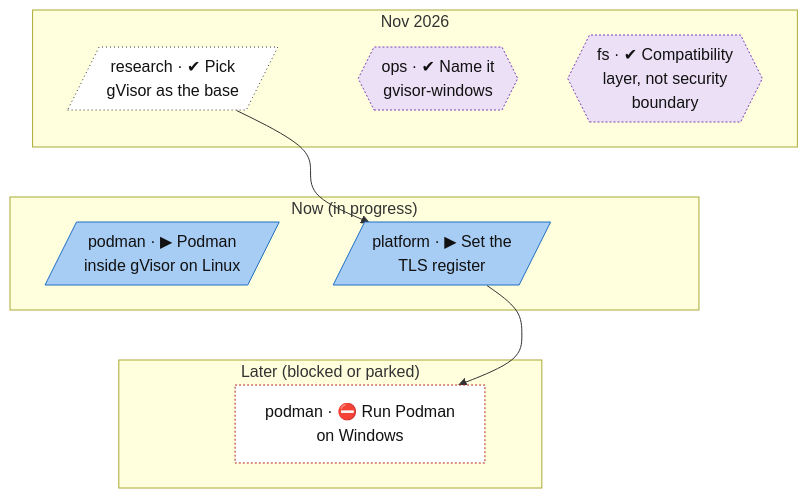
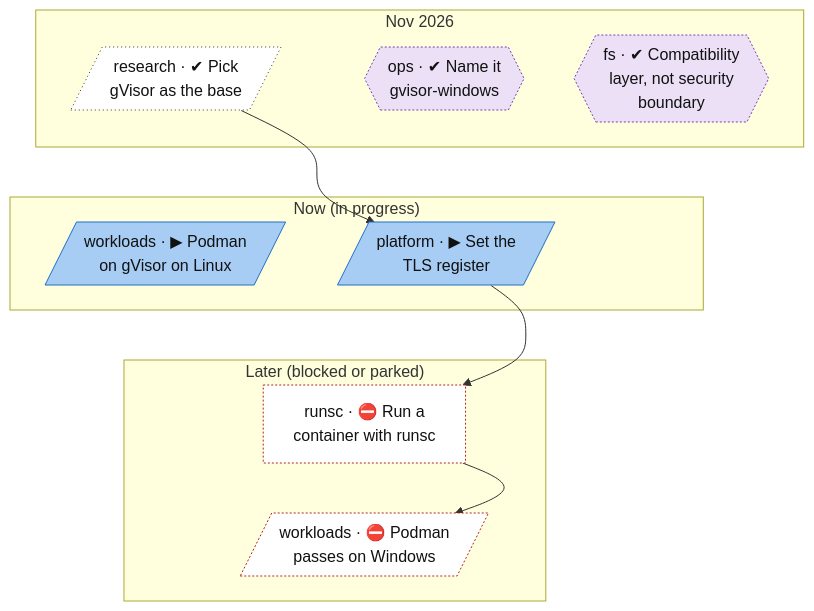
Before and after one commit to lhns/gvisor-windows: the second of 2 diagrams in docs/roadmap.md, drawn with Mermaid. The commit also changed other lines of this file and 15 other files, not shown here.

First line of the commit message:
Frame the fork as gVisor on Windows hosts, Podman only as the bar

````diff
--- a/docs/roadmap.md
+++ b/docs/roadmap.md
@@ -100,40 +100,43 @@
 ```mermaid
 flowchart TB
     subgraph bd_0["Nov 2026"]
         research_gvisor_base[/"research · ✔ Pick<br/>gVisor as the base"/]
         ops_name_and_fork{{"ops · ✔ Name it<br/>gvisor-windows"}}
         fs_compat_layer_not_boundary{{"fs · ✔ Compatibility<br/>layer, not security<br/>boundary"}}
     end
     subgraph bd_1["Now (in progress)"]
-        podman_inside_gvisor_linux[/"podman · ▶ Podman<br/>inside gVisor on Linux"/]
+        workloads_podman_on_gvisor_linux[/"workloads · ▶ Podman<br/>on gVisor on Linux"/]
         platform_tls_register[/"platform · ▶ Set the<br/>TLS register"/]
     end
     subgraph bd_2["Later (blocked or parked)"]
-        podman_acceptance_on_windows["podman · ⛔ Run Podman<br/>on Windows"]
+        runsc_container_on_windows["runsc · ⛔ Run a<br/>container with runsc"]
+        workloads_podman_on_windows[/"workloads · ⛔ Podman<br/>passes on Windows"/]
     end
-    research_gvisor_base ~~~ podman_inside_gvisor_linux
+    research_gvisor_base ~~~ workloads_podman_on_gvisor_linux
     ops_name_and_fork ~~~ platform_tls_register
     fs_compat_layer_not_boundary ~~~ platform_tls_register
-    podman_inside_gvisor_linux ~~~ podman_acceptance_on_windows
-    platform_tls_register ~~~ podman_acceptance_on_windows
+    workloads_podman_on_gvisor_linux ~~~ runsc_container_on_windows
+    platform_tls_register ~~~ runsc_container_on_windows
+    runsc_container_on_windows ~~~ workloads_podman_on_windows
     research_gvisor_base --> platform_tls_register
-    platform_tls_register --> podman_acceptance_on_windows
+    platform_tls_register --> runsc_container_on_windows
+    runsc_container_on_windows --> workloads_podman_on_windows
     classDef vsucc fill:#2e9e4f,stroke:#1b6b34,color:#fff
     classDef succ fill:#bfe8c8,stroke:#2e9e4f,color:#111
     classDef mixed fill:#ffd37a,stroke:#c98a00,color:#111
     classDef bad fill:#f28b82,stroke:#b3261e,color:#111
     classDef dead fill:#e6e6e6,stroke:#777,stroke-dasharray:5 5,color:#555
     classDef inprog fill:#a8cdf5,stroke:#1f6fc5,color:#111
     classDef next fill:#fff,stroke:#333,color:#111
     classDef blocked fill:#fff,stroke:#b3261e,stroke-dasharray:2 2,color:#111
     classDef parked fill:#f3f3f3,stroke:#999,color:#555
     classDef unrated fill:#fff,stroke:#333,stroke-dasharray:1 3,color:#111
     classDef gate fill:#d9c2f0,stroke:#7b3fb5,color:#111
     classDef decided fill:#ece0f7,stroke:#7b3fb5,stroke-dasharray:2 2,color:#111
     classDef finding fill:#ffe0b2,stroke:#d84315,stroke-width:2px,color:#111
     classDef waiting fill:#e3f2fd,stroke:#1f6fc5,stroke-dasharray:5 5,color:#111
     class research_gvisor_base unrated
     class ops_name_and_fork,fs_compat_layer_not_boundary decided
-    class podman_inside_gvisor_linux,platform_tls_register inprog
-    class podman_acceptance_on_windows blocked
+    class workloads_podman_on_gvisor_linux,platform_tls_register inprog
+    class workloads_podman_on_windows,runsc_container_on_windows blocked
 ```
````
